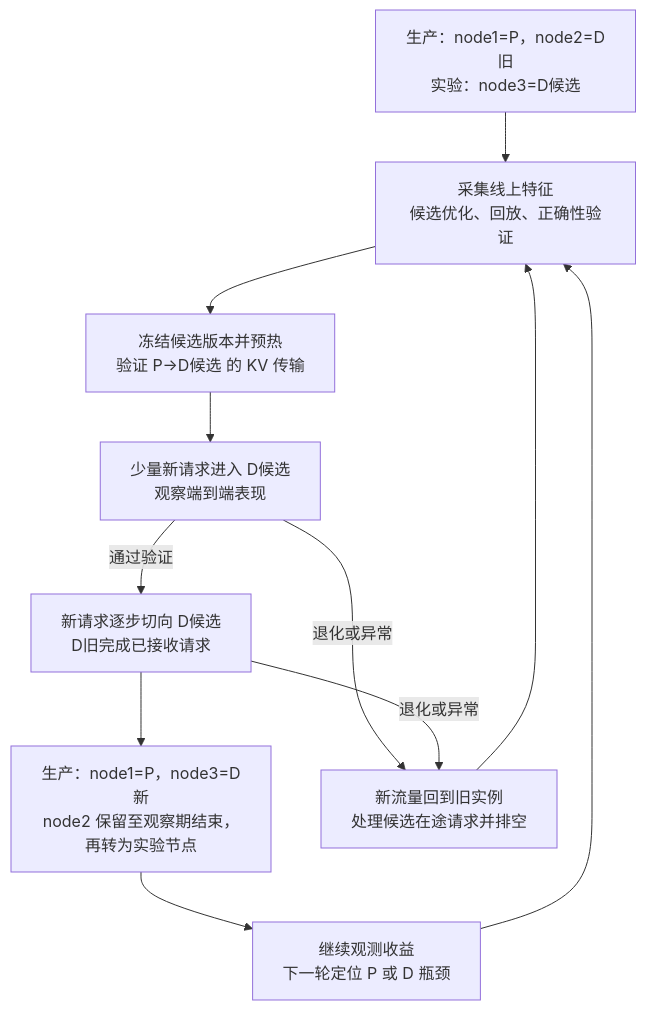
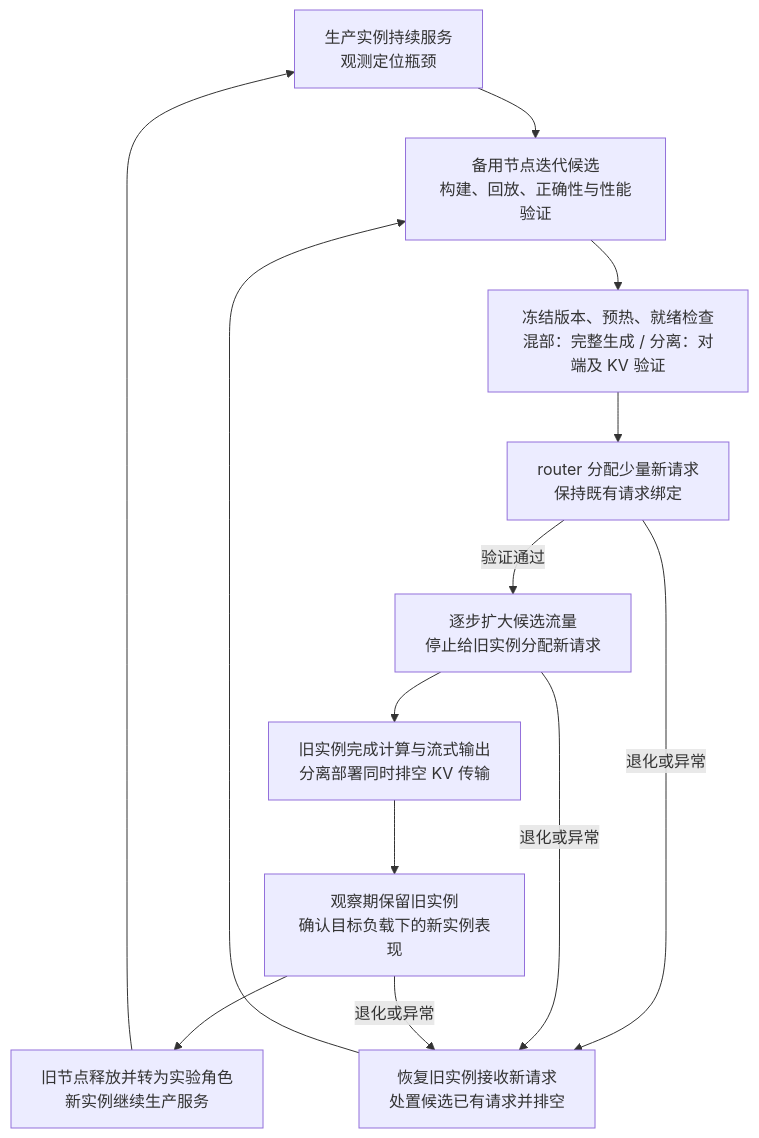
Before and after one commit to zksainx/runtime-inference-autotuning-research: the second of 2 diagrams in 02_研究方案.md, drawn with Mermaid. The commit also changed other lines of this file and 2 other files, not shown here.

````diff
--- a/02_研究方案.md
+++ b/02_研究方案.md
@@ -128,13 +143,15 @@
 ```mermaid
 flowchart TD
-    A["生产：node1=P，node2=D旧<br/>实验：node3=D候选"] --> B["采集线上特征<br/>候选优化、回放、正确性验证"]
-    B --> C["冻结候选版本并预热<br/>验证 P→D候选 的 KV 传输"]
-    C --> D["少量新请求进入 D候选<br/>观察端到端表现"]
-    D -->|通过验证| E["新请求逐步切向 D候选<br/>D旧完成已接收请求"]
-    E --> F["生产：node1=P，node3=D新<br/>node2 保留至观察期结束，再转为实验节点"]
-    F --> H["继续观测收益<br/>下一轮定位 P 或 D 瓶颈"]
-    H --> B
-    D -->|退化或异常| G["新流量回到旧实例<br/>处理候选在途请求并排空"]
-    E -->|退化或异常| G
-    G --> B
+    A["生产实例持续服务<br/>观测定位瓶颈"] --> B["备用节点迭代候选<br/>构建、回放、正确性与性能验证"]
+    B --> C["冻结版本、预热、就绪检查<br/>混部：完整生成 / 分离：对端及 KV 验证"]
+    C --> D["router 分配少量新请求<br/>保持既有请求绑定"]
+    D -->|"验证通过"| E["逐步扩大候选流量<br/>停止给旧实例分配新请求"]
+    E --> F["旧实例完成计算与流式输出<br/>分离部署同时排空 KV 传输"]
+    F --> G["观察期保留旧实例<br/>确认目标负载下的新实例表现"]
+    G --> H["旧节点释放并转为实验角色<br/>新实例继续生产服务"]
+    H --> A
+    D -->|"退化或异常"| R["恢复旧实例接收新请求<br/>处置候选已有请求并排空"]
+    E -->|"退化或异常"| R
+    G -->|"退化或异常"| R
+    R --> B
 ```
````
